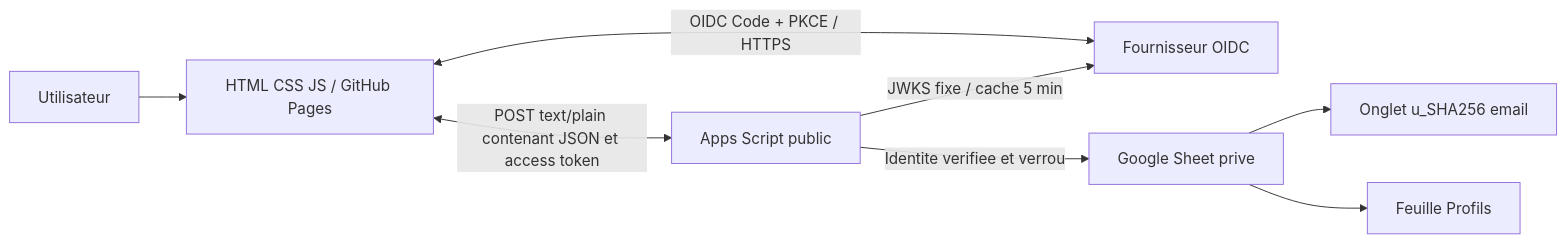
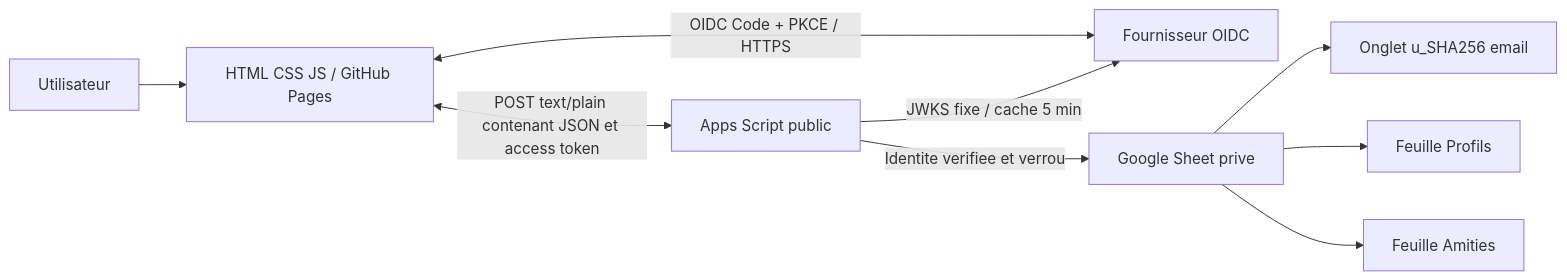
Before and after one commit to quentin1500/toolbox_share: the first of 5 diagrams in docs/fonctionnel.md, drawn with Mermaid. The commit also changed other lines of this file and 12 other files, not shown here.

````diff
--- a/docs/fonctionnel.md
+++ b/docs/fonctionnel.md
@@ -73,10 +79,11 @@
 ```mermaid
 flowchart LR
   Personne[Utilisateur] --> Pages[HTML CSS JS / GitHub Pages]
   Pages <-->|OIDC Code + PKCE / HTTPS| IdP[Fournisseur OIDC]
   Pages <-->|POST text/plain contenant JSON et access token| Script[Apps Script public]
   Script -->|JWKS fixe / cache 5 min| IdP
   Script -->|Identite verifiee et verrou| Sheet[Google Sheet prive]
   Sheet --> UserTab[Onglet u_SHA256 email]
   Sheet --> ProfileTab[Feuille Profils]
+  Sheet --> FriendTab[Feuille Amities]
 ```
````
